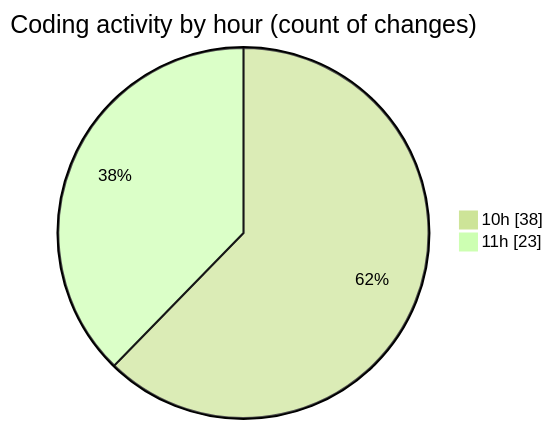
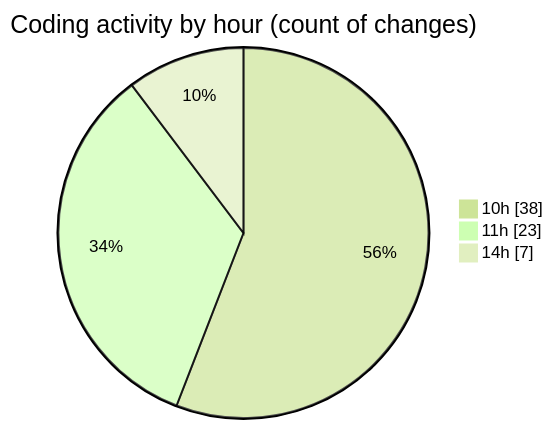
The second of 2 diagrams in 2026-03-10/nxtqube_webapp/README.md (nxtqubesakshisongat/code-tracking), drawn with Mermaid (forest theme) before and after one commit. The commit also changed other lines of this file and 1 other file, not shown here.

````diff
--- a/2026-03-10/nxtqube_webapp/README.md
+++ b/2026-03-10/nxtqube_webapp/README.md
@@ -34,6 +34,7 @@
 ```mermaid
 pie showData
 title Coding activity by hour (count of changes)
 "10h" : 38
 "11h" : 23
+"14h" : 7
 ```
````
